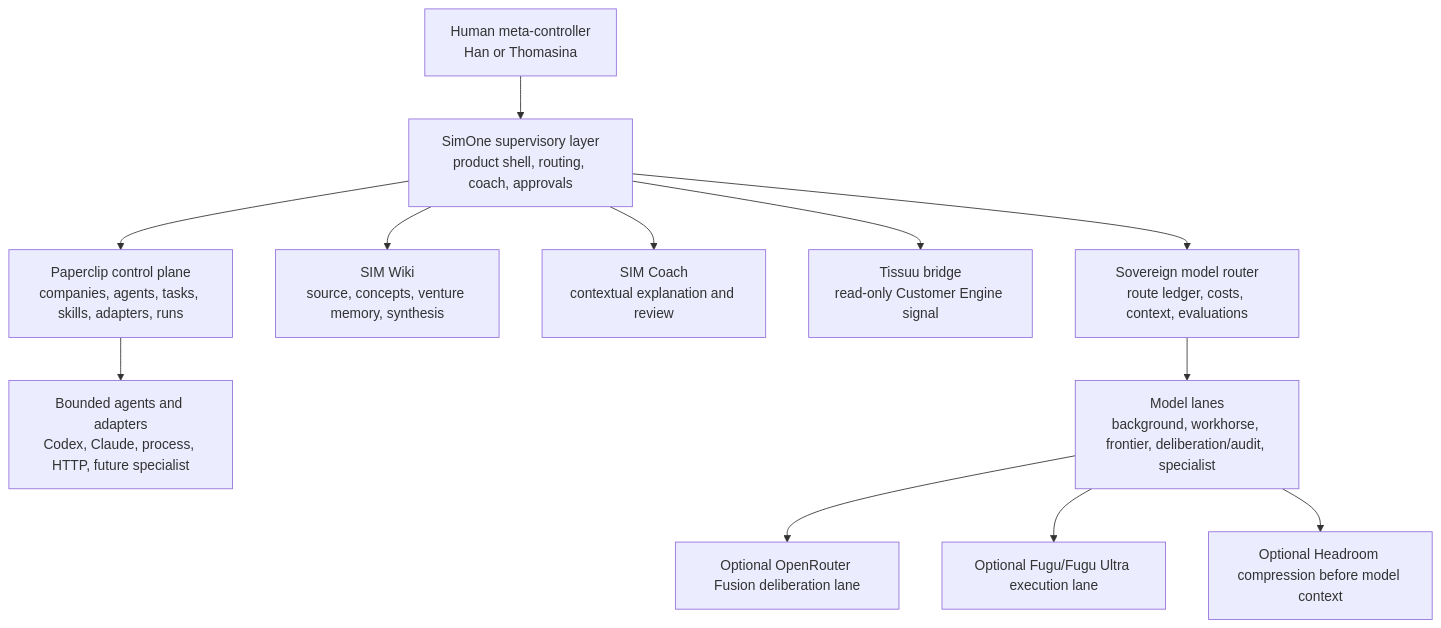
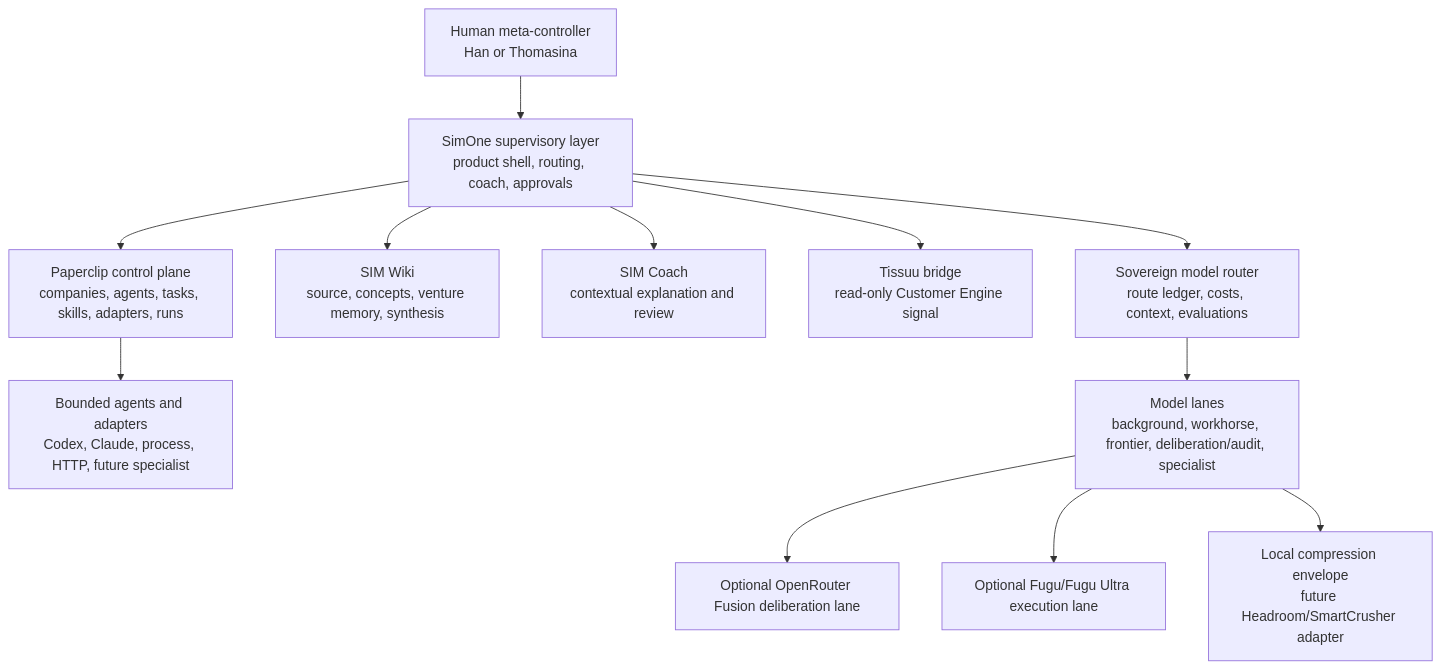
One commit to Sistemist/SimOne-Workbench changed the first of 8 diagrams in doc/product/simone-agent-flows.md. Above: the diagram before and after it, drawn with Mermaid. The commit also changed other lines of this file and 8 other files, not shown here.

Commit message:
Add auditable JSON context compression

````diff
--- a/doc/product/simone-agent-flows.md
+++ b/doc/product/simone-agent-flows.md
@@ -8,14 +8,14 @@
 ```mermaid
 flowchart TD
   H["Human meta-controller\nHan or Thomasina"] --> S["SimOne supervisory layer\nproduct shell, routing, coach, approvals"]
   S --> P["Paperclip control plane\ncompanies, agents, tasks, skills, adapters, runs"]
   S --> W["SIM Wiki\nsource, concepts, venture memory, synthesis"]
   S --> C["SIM Coach\ncontextual explanation and review"]
   S --> T["Tissuu bridge\nread-only Customer Engine signal"]
   P --> A["Bounded agents and adapters\nCodex, Claude, process, HTTP, future specialist"]
   S --> R["Sovereign model router\nroute ledger, costs, context, evaluations"]
   R --> M["Model lanes\nbackground, workhorse, frontier, deliberation/audit, specialist"]
   M --> OR["Optional OpenRouter Fusion deliberation lane"]
   M --> F["Optional Fugu/Fugu Ultra execution lane"]
-  M --> HR["Optional Headroom compression before model context"]
+  M --> HR["Local compression envelope\nfuture Headroom/SmartCrusher adapter"]
 ```
````
